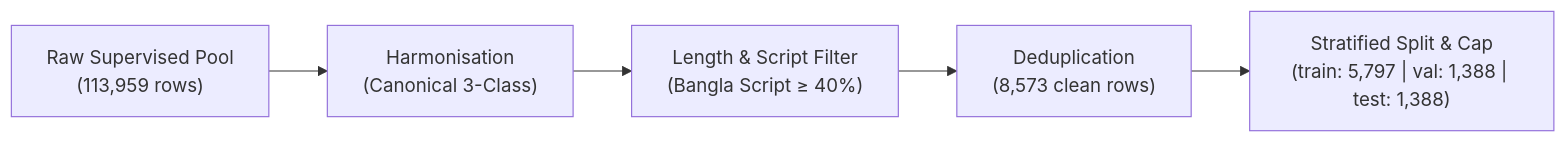
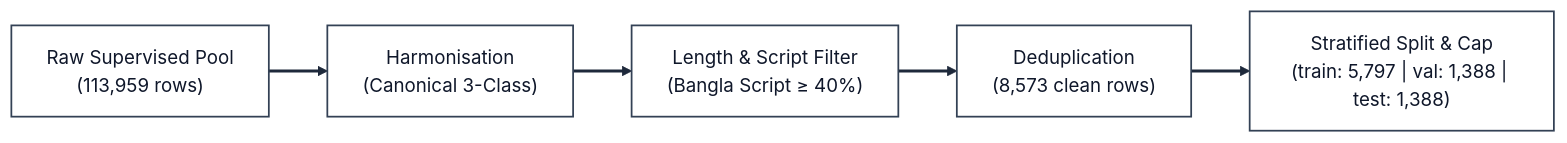
Before and after one commit to ShoumikBalaSomu/Developing-a-Bangla-Sentiment-Analysis-System-Using-Fine-Tuned-BERT-Models: the diagram in dataset/README.md, drawn with Mermaid. The commit also changed 1 other file, not shown here.

Commit message:
docs: improve Mermaid pipeline diagram contrast with light pastel backgrounds and bold arrow styling

````diff
--- a/dataset/README.md
+++ b/dataset/README.md
@@ -75,7 +75,10 @@
 ```mermaid
 flowchart LR
     A["Raw Supervised Pool\n(113,959 rows)"] --> B["Harmonisation\n(Canonical 3-Class)"]
     B --> C["Length & Script Filter\n(Bangla Script ≥ 40%)"]
     C --> D["Deduplication\n(8,573 clean rows)"]
     D --> E["Stratified Split & Cap\n(train: 5,797 | val: 1,388 | test: 1,388)"]
+
+    classDef default fill:#ffffff,stroke:#334155,stroke-width:1.5px,color:#0f172a
+    linkStyle default stroke:#1e293b,stroke-width:2.5px
 ```
````
